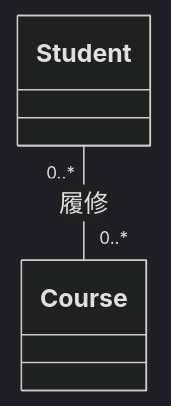
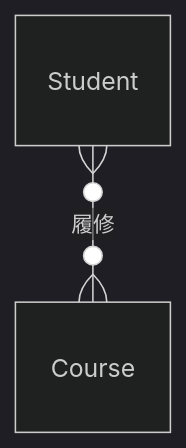
The first of 3 diagrams in データベース/03_概念設計とER図.md (YTS0418/PRMN_SYSTEM_Lecture), drawn with Mermaid (dark theme) before and after one commit. The commit also changed other lines of this file and 3 other files, not shown here.

First line of the commit message:
ER 図を mermaid の erDiagram（鳥の足記法）に変更

````diff
--- a/データベース/03_概念設計とER図.md
+++ b/データベース/03_概念設計とER図.md
@@ -106,4 +106,4 @@
 ```mermaid
-classDiagram
-    Student "0..*" -- "0..*" Course : 履修
+erDiagram
+    Student }o--o{ Course : "履修"
 ```
````
